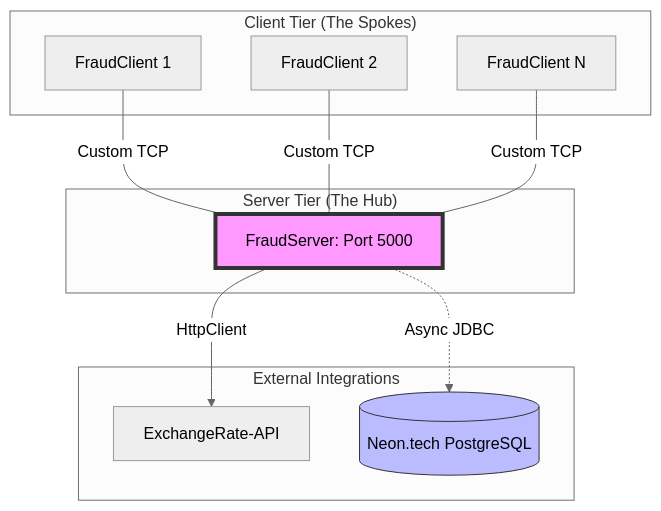
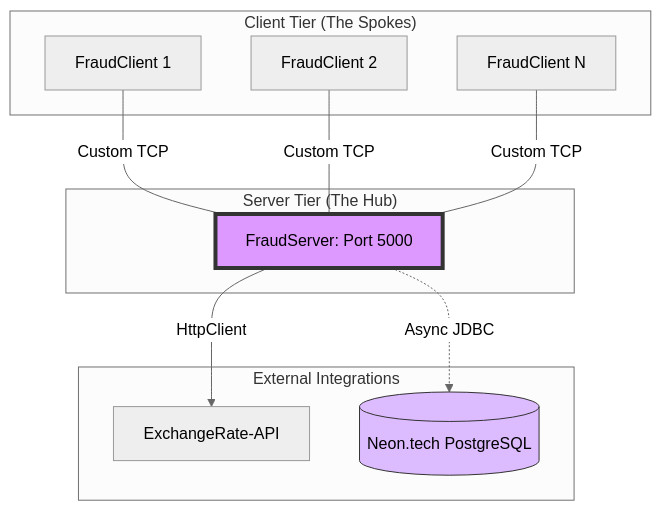
Before and after one commit to antoniopopescu218/FraudNet-system: the diagram in readme.md, drawn with Mermaid (neutral theme).

Commit message:
Change diagram styles in README
Updated styling for the API and DB diagrams in the README.

````diff
--- a/readme.md
+++ b/readme.md
@@ -10,30 +10,30 @@
 ```mermaid
 graph TD
     %% Define Nodes
     subgraph "Client Tier (The Spokes)"
         C1[FraudClient 1]
         C2[FraudClient 2]
         C3[FraudClient N]
     end
 
     subgraph "Server Tier (The Hub)"
         S[FraudServer: Port 5000]
     end
 
     subgraph "External Integrations"
         API[ExchangeRate-API]
         DB[(Neon.tech PostgreSQL)]
     end
 
     %% Define Connections
     C1 ---|Custom TCP| S
     C2 ---|Custom TCP| S
     C3 ---|Custom TCP| S
 
     S -->|HttpClient| API
     S -.->|Async JDBC| DB
 
     %% Styling
-    style S fill:#f9f,stroke:#333,stroke-width:4px
-    style DB fill:#bbf,stroke:#333
+    style S fill:#d9f,stroke:#333,stroke-width:4px
+    style DB fill:#dbf,stroke:#333
 ```
````
